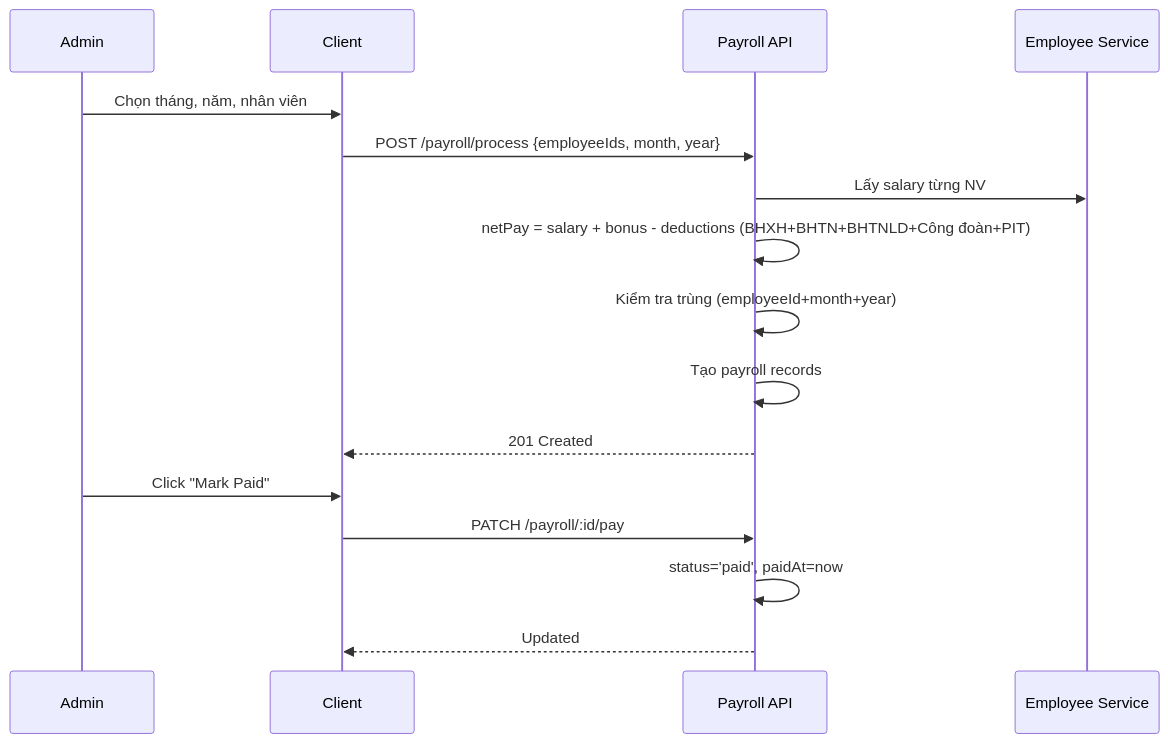
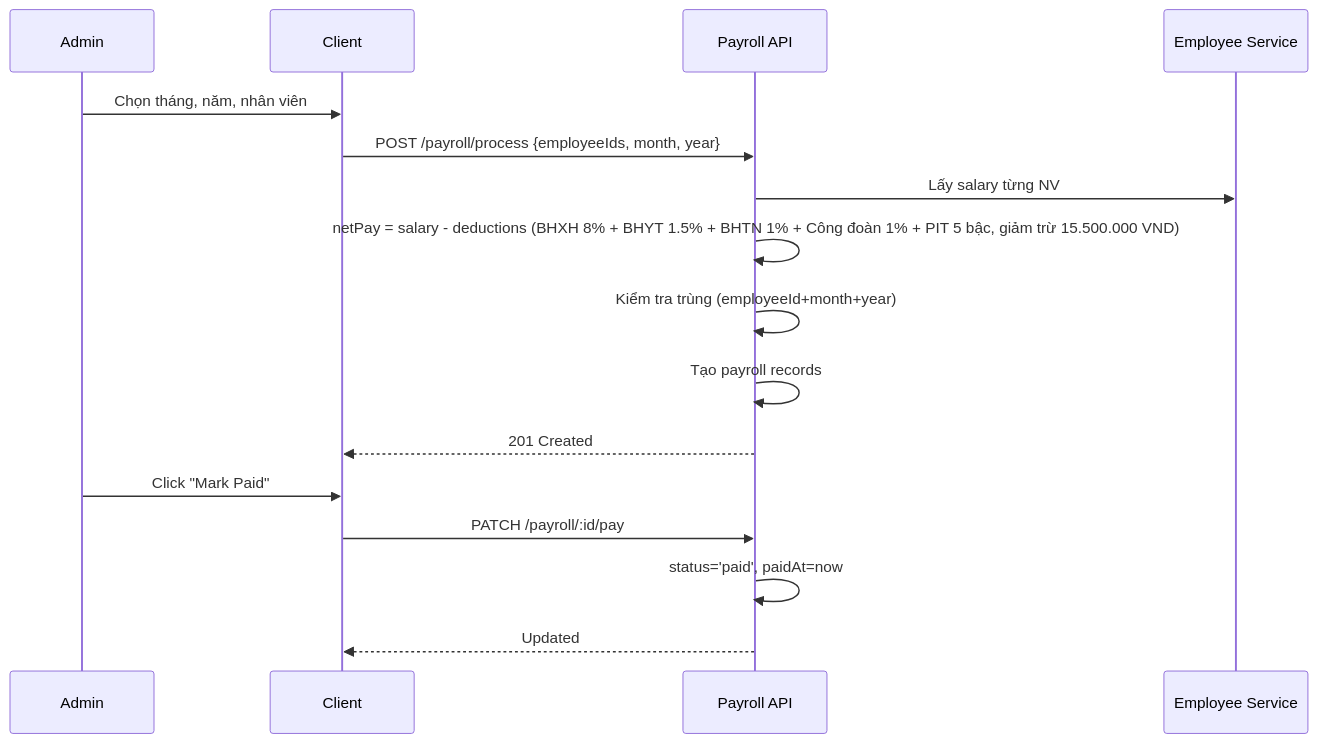
The sixth of 7 diagrams in docs/SRS.md (nghiaxh/hr-management), drawn with Mermaid before and after one commit. The commit also changed other lines of this file and 8 other files, not shown here.

````diff
--- a/docs/SRS.md
+++ b/docs/SRS.md
@@ -850,18 +861,18 @@
 ```mermaid
 sequenceDiagram
     participant A as Admin
     participant U as Client
     participant P as Payroll API
     participant EMP as Employee Service
     A->>U: Chọn tháng, năm, nhân viên
     U->>P: POST /payroll/process {employeeIds, month, year}
     P->>EMP: Lấy salary từng NV
-    P->>P: netPay = salary + bonus - deductions (BHXH+BHTN+BHTNLD+Công đoàn+PIT)
+    P->>P: netPay = salary - deductions (BHXH 8% + BHYT 1.5% + BHTN 1% + Công đoàn 1% + PIT 5 bậc, giảm trừ 15.500.000 VND)
     P->>P: Kiểm tra trùng (employeeId+month+year)
     P->>P: Tạo payroll records
     P-->>U: 201 Created
     A->>U: Click "Mark Paid"
     U->>P: PATCH /payroll/:id/pay
     P->>P: status='paid', paidAt=now
     P-->>U: Updated
 ```
````
